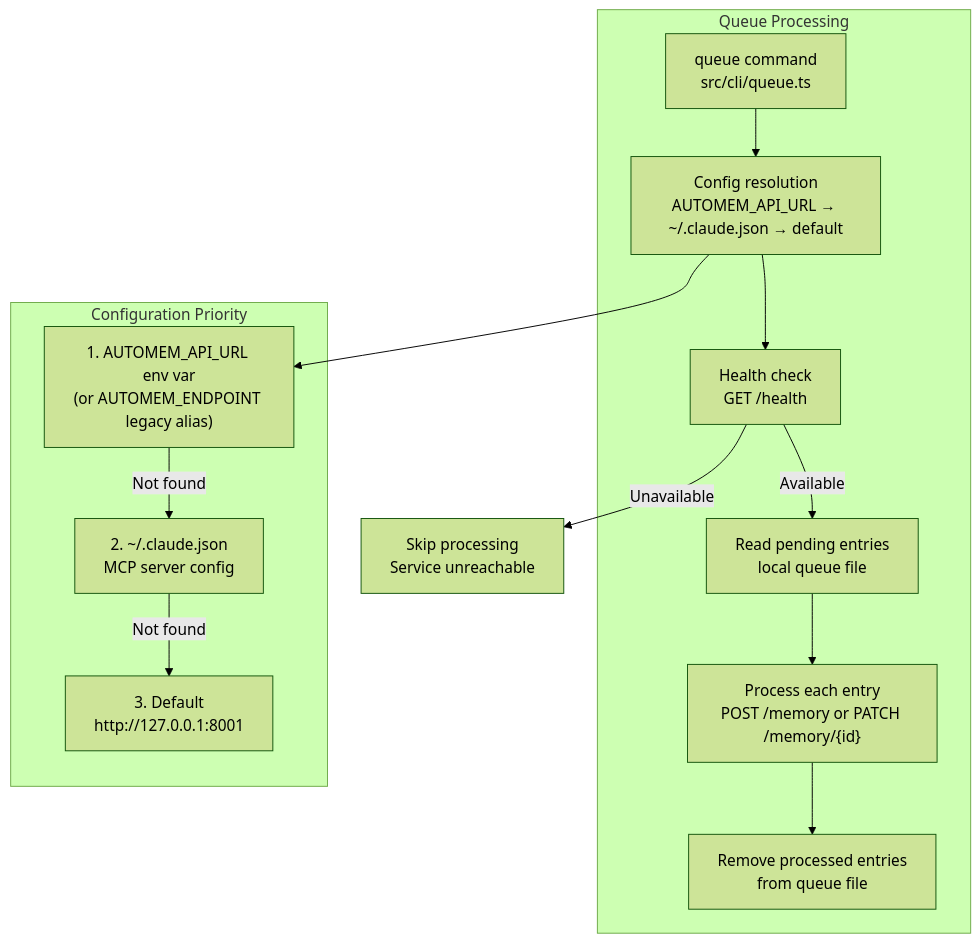
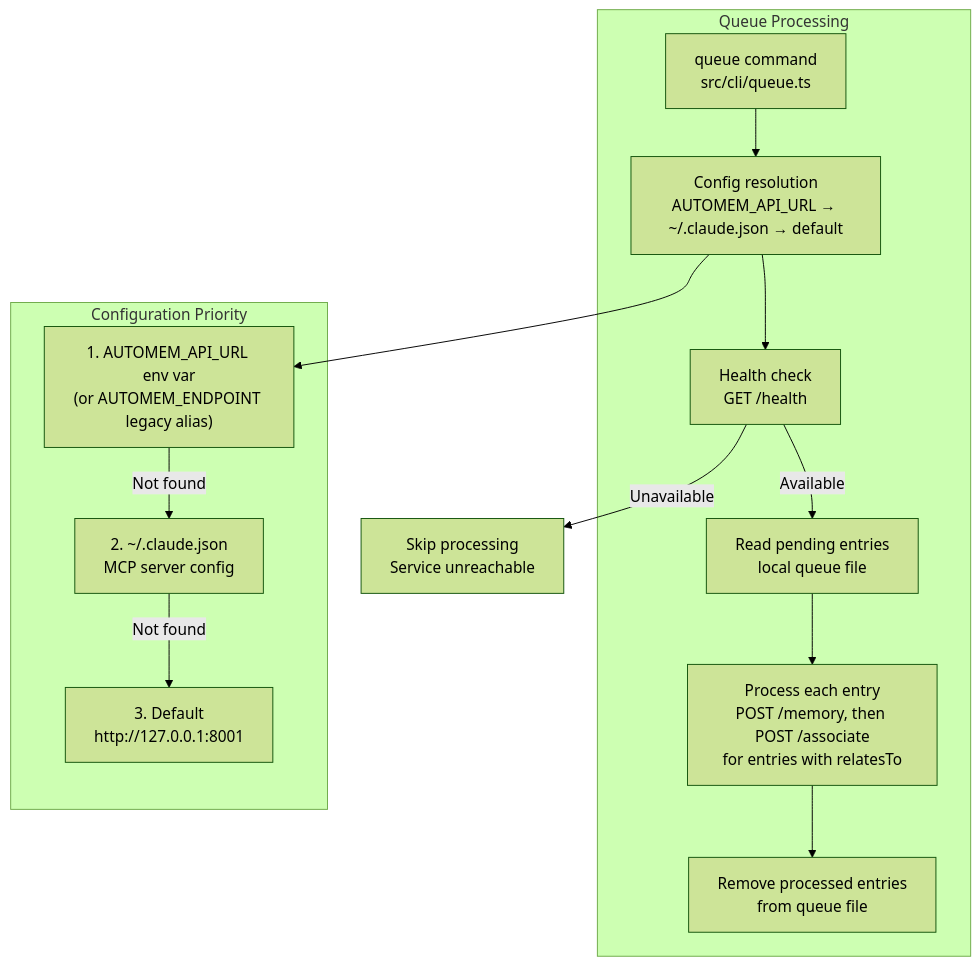
Before and after one commit to verygoodplugins/automem-website: the fourth of 4 diagrams in src/content/docs/docs/cli/queue.md, drawn with Mermaid (forest theme). The commit also changed other lines of this file, not shown here.

````diff
--- a/src/content/docs/docs/cli/queue.md
+++ b/src/content/docs/docs/cli/queue.md
@@ -322,28 +329,28 @@
 ```mermaid
 graph TB
     subgraph "Queue Processing"
         QueueCmd["queue command<br/>src/cli/queue.ts"]
         ConfigResolve["Config resolution<br/>AUTOMEM_API_URL → ~/.claude.json → default"]
         HealthCheck["Health check<br/>GET /health"]
         QueueEntries["Read pending entries<br/>local queue file"]
-        ProcessEntry["Process each entry<br/>POST /memory or PATCH /memory/{id}"]
+        ProcessEntry["Process each entry<br/>POST /memory, then POST /associate<br/>for entries with relatesTo"]
         Cleanup["Remove processed entries<br/>from queue file"]
     end
 
     subgraph "Configuration Priority"
         EnvVars["1. AUTOMEM_API_URL env var<br/>(or AUTOMEM_ENDPOINT legacy alias)"]
         EnvFile["2. ~/.claude.json<br/>MCP server config"]
         Default["3. Default<br/>http://127.0.0.1:8001"]
     end
 
     QueueCmd --> ConfigResolve
     ConfigResolve --> EnvVars
     EnvVars -->|Not found| EnvFile
     EnvFile -->|Not found| Default
 
     ConfigResolve --> HealthCheck
     HealthCheck -->|Available| QueueEntries
     HealthCheck -->|Unavailable| Skip["Skip processing<br/>Service unreachable"]
     QueueEntries --> ProcessEntry
     ProcessEntry --> Cleanup
 ```
````
